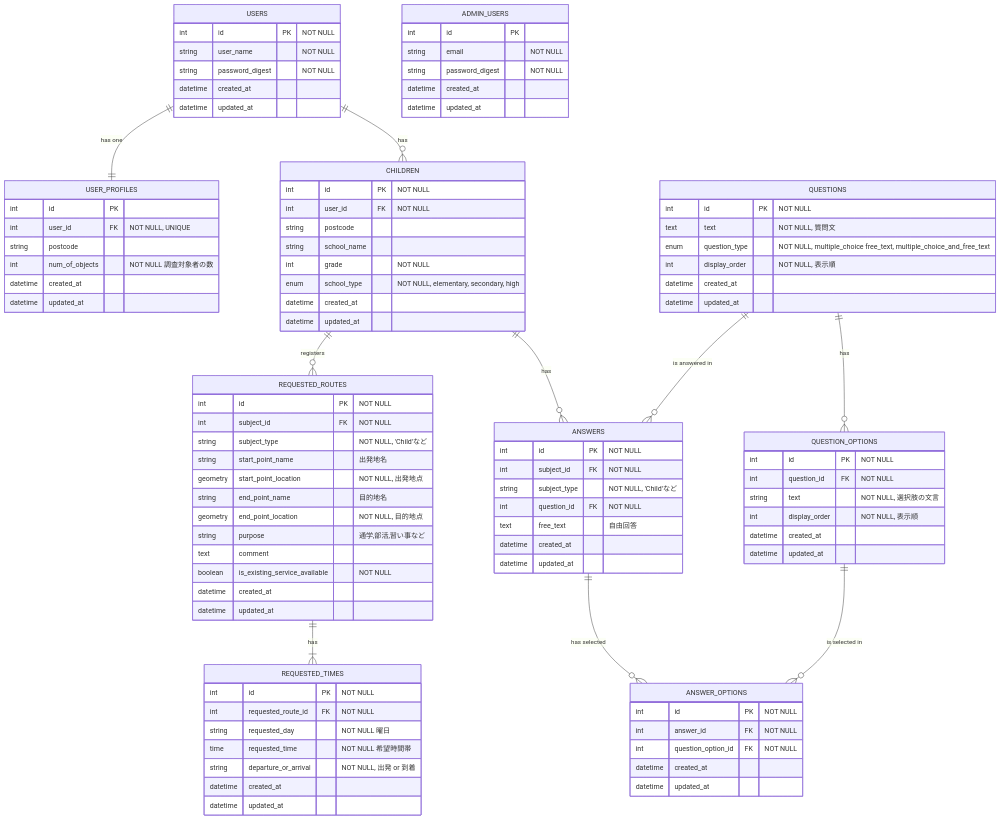
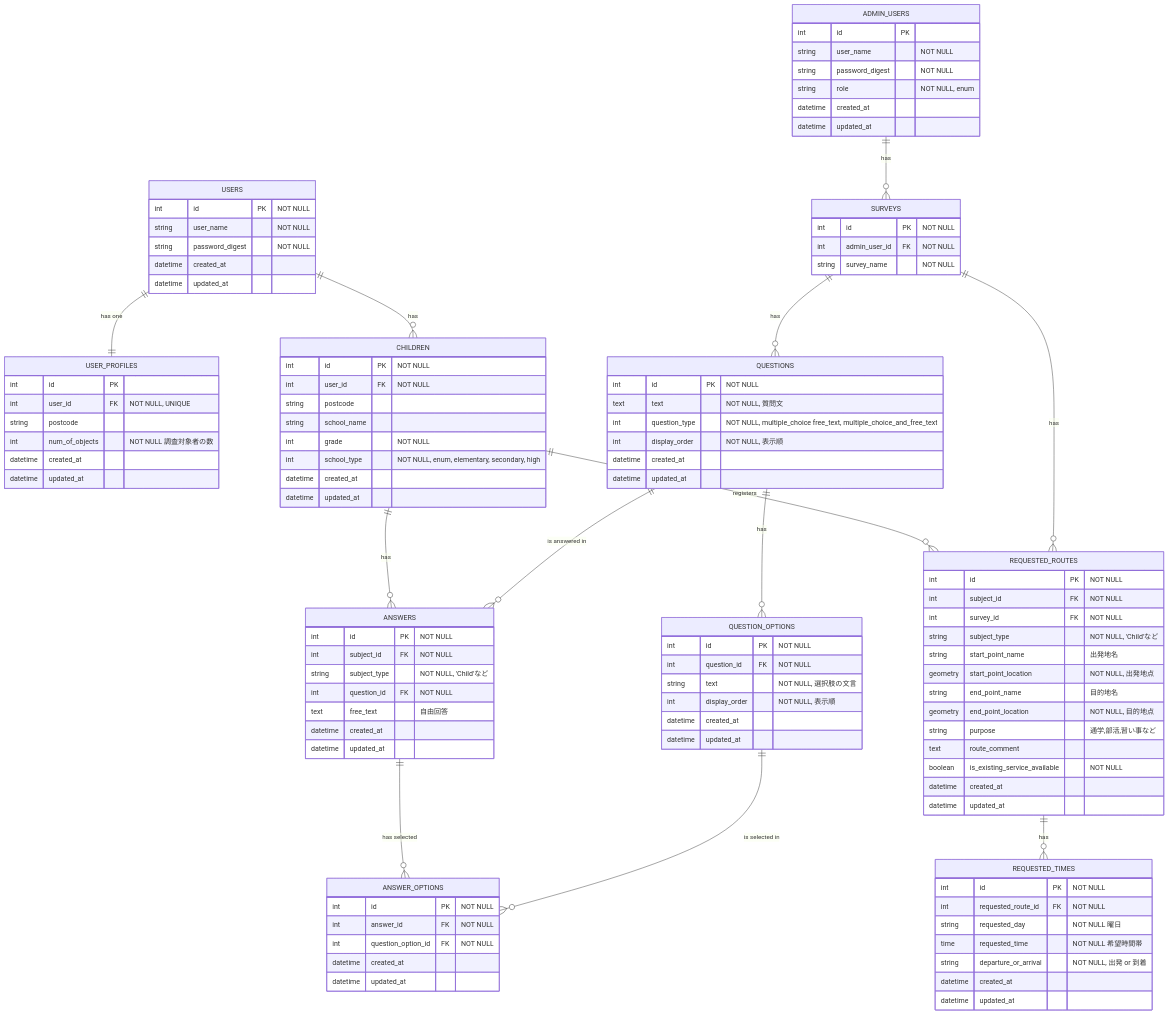
The diagram in docs/ER図.md (sachiurata/transportation), drawn with Mermaid before and after one commit. The commit also changed 11 other files, not shown here.

Commit message:
テーブル構造修正（surveysテーブル作成、admin_users・requested_routesとsurveysの関連付け）

```diff
--- a/docs/ER図.md
+++ b/docs/ER図.md
@@ -4,7 +4,10 @@
     USERS ||--o{ CHILDREN : "has"
     CHILDREN ||--o{ REQUESTED_ROUTES : "registers"
     CHILDREN ||--o{ ANSWERS : "has"
-    REQUESTED_ROUTES ||--|{ REQUESTED_TIMES : "has"
+    REQUESTED_ROUTES ||--o{ REQUESTED_TIMES : "has"
+    ADMIN_USERS ||--o{ SURVEYS : "has"
+    SURVEYS ||--o{ QUESTIONS : "has"
+    SURVEYS ||--o{ REQUESTED_ROUTES : "has"
     QUESTIONS ||--o{ QUESTION_OPTIONS : "has"
     QUESTIONS ||--o{ ANSWERS : "is answered in"
     ANSWERS ||--o{ ANSWER_OPTIONS : "has selected"
@@ -12,8 +15,9 @@
 
     ADMIN_USERS {
         int id PK
-        string email "NOT NULL"
+        string user_name "NOT NULL"
         string password_digest "NOT NULL"
+        string role "NOT NULL, enum"
         datetime created_at
         datetime updated_at
     }
@@ -41,7 +45,7 @@
         string postcode
         string school_name
         int grade "NOT NULL"
-        enum school_type "NOT NULL, elementary, secondary, high"
+        int school_type "NOT NULL, enum, elementary, secondary, high"
         datetime created_at
         datetime updated_at
     }
@@ -49,13 +53,14 @@
     REQUESTED_ROUTES {
         int id PK "NOT NULL"
         int subject_id FK "NOT NULL"
+        int survey_id FK "NOT NULL"
         string subject_type "NOT NULL, 'Child'など"
         string start_point_name "出発地名"
         geometry start_point_location "NOT NULL, 出発地点"
         string end_point_name "目的地名"
         geometry end_point_location "NOT NULL, 目的地点"
         string purpose "通学,部活,習い事など"
-        text comment 
+        text route_comment
         boolean is_existing_service_available "NOT NULL"
         datetime created_at
         datetime updated_at
@@ -71,10 +76,16 @@
        datetime updated_at
     }
 
+    SURVEYS {
+        int id PK "NOT NULL"
+        int admin_user_id FK "NOT NULL"
+        string survey_name "NOT NULL"
+    }
+
     QUESTIONS {
         int id PK "NOT NULL"
         text text "NOT NULL, 質問文"
-        enum question_type "NOT NULL, multiple_choice free_text, multiple_choice_and_free_text"
+        int question_type "NOT NULL, multiple_choice free_text, multiple_choice_and_free_text"
         int display_order "NOT NULL, 表示順"
         datetime created_at
         datetime updated_at
```
